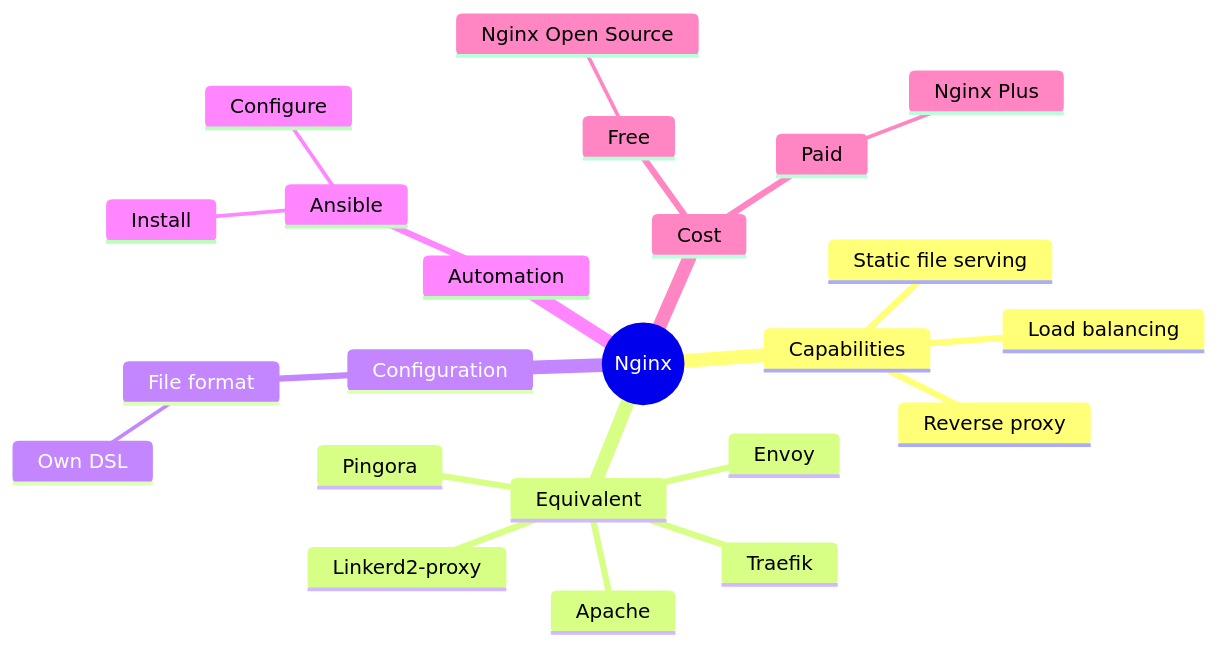
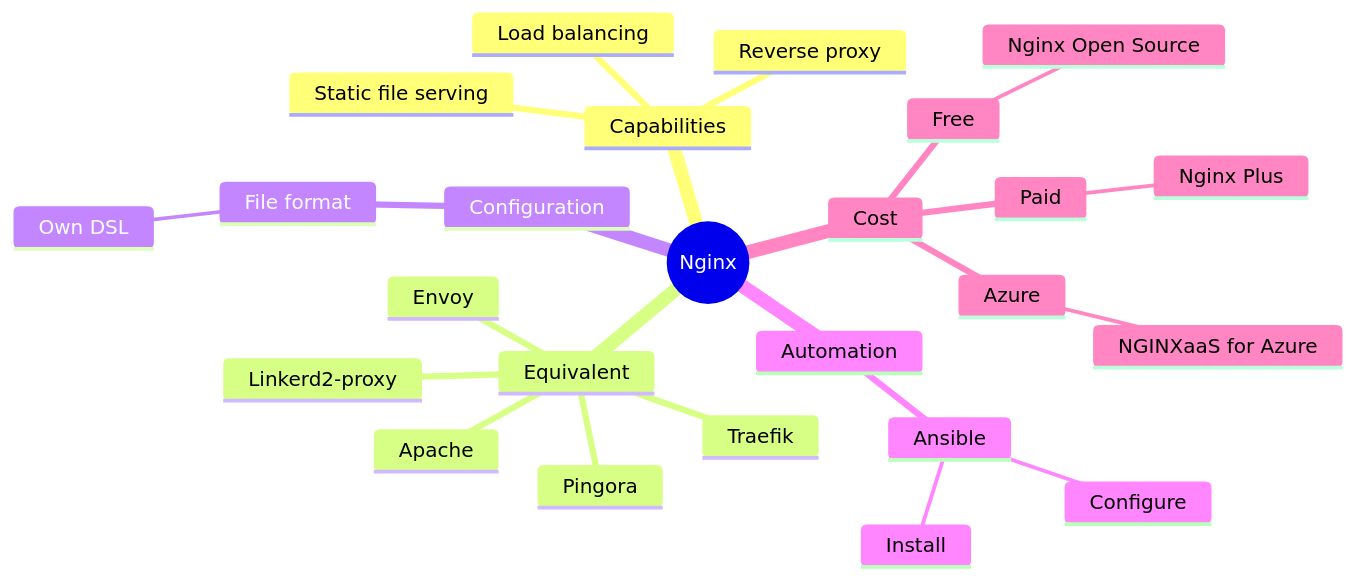
The diagram in README.md (xdvarpunen/nginx-adventure), drawn with Mermaid before and after one commit.

````diff
--- a/README.md
+++ b/README.md
@@ -5,26 +5,28 @@
 ```mermaid
 mindmap
   root((Nginx))
     Capabilities
       Load balancing
       Reverse proxy
       Static file serving
     Equivalent
       Apache
       Pingora
       Envoy
       Linkerd2-proxy
       Traefik
     Configuration
       File format
         Own DSL
     Automation
       Ansible
         Install
         Configure
     Cost
       Free
         Nginx Open Source
       Paid
         Nginx Plus
+      Azure
+        NGINXaaS for Azure
 ```
````
